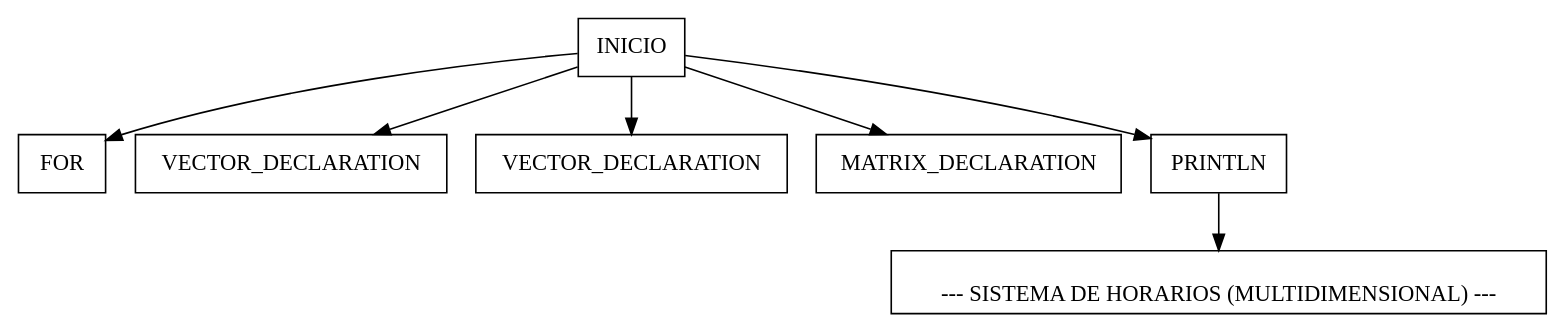
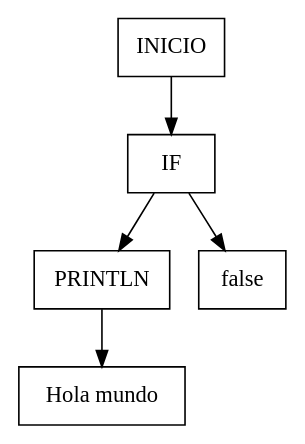
One commit to DiegVas/OLC2_2S_2025_202300638 changed the diagram in reports/ast.dot. Above: the diagram before and after it, drawn with Graphviz. The commit also changed 3 other files, not shown here.

```diff
--- a/reports/ast.dot
+++ b/reports/ast.dot
@@ -1,16 +1,12 @@
 digraph AST {
 node [shape=box];
 node0 [label="INICIO"];
-node9 [label="FOR"];
-node8 [label="VECTOR_DECLARATION"];
-node6 [label="VECTOR_DECLARATION"];
-node4 [label="MATRIX_DECLARATION"];
-node1 [label="PRINTLN"];
-node2 [label="\n--- SISTEMA DE HORARIOS (MULTIDIMENSIONAL) ---"];
-node0 -> node9;
-node0 -> node8;
-node0 -> node6;
-node0 -> node4;
+node1 [label="IF"];
+node3 [label="PRINTLN"];
+node4 [label="Hola mundo"];
+node2 [label="false"];
 node0 -> node1;
+node1 -> node3;
+node3 -> node4;
 node1 -> node2;
 }
```
